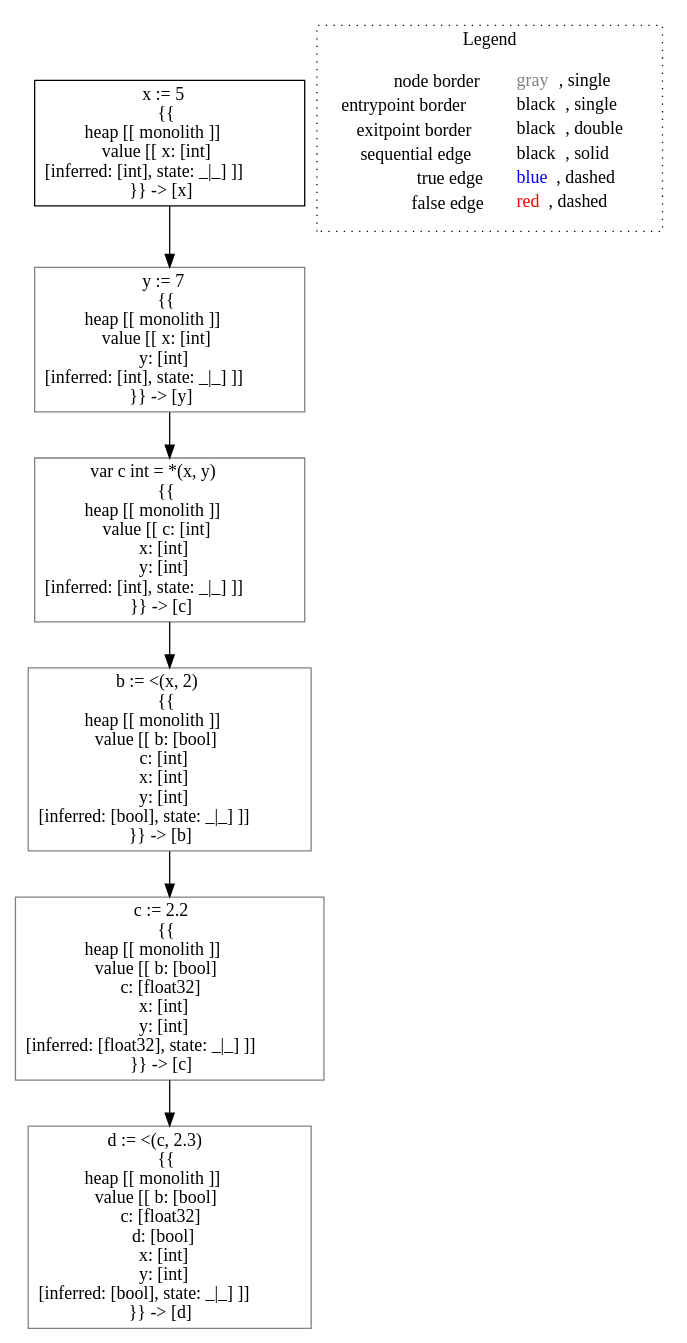
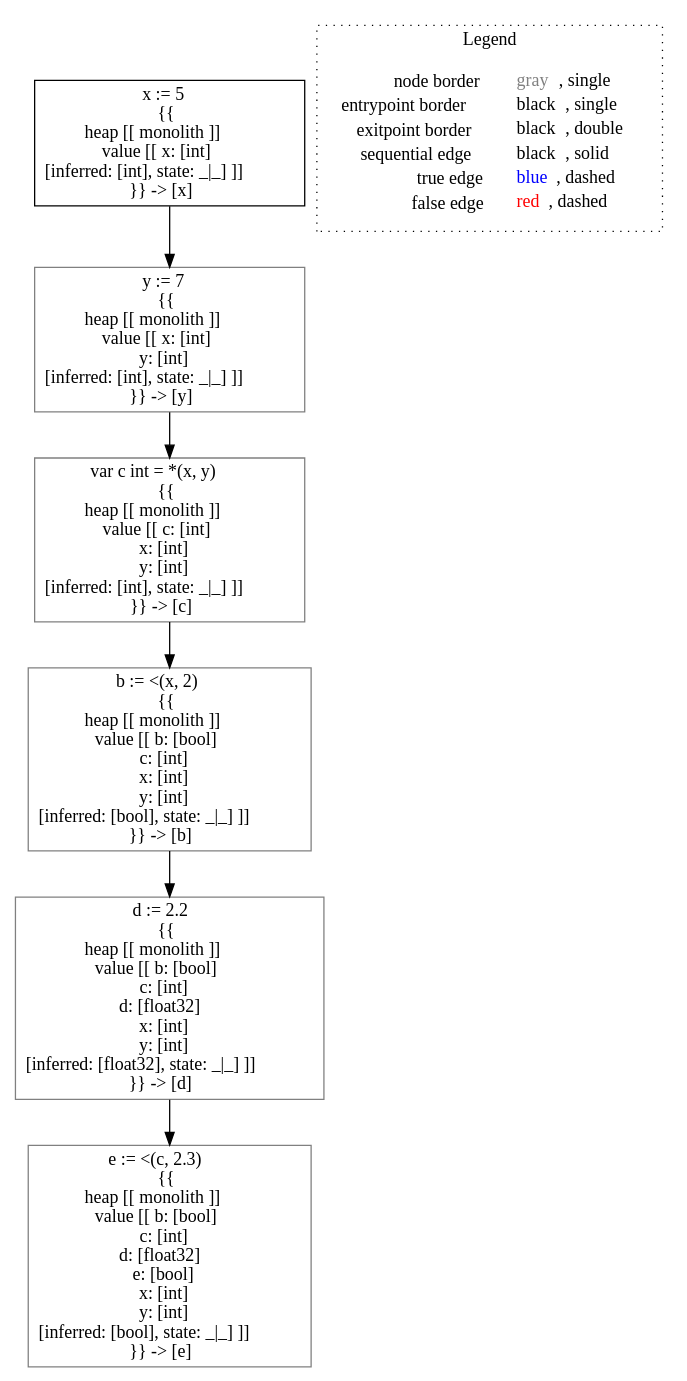
Before and after one commit to lisa-analyzer/go-lisa: the diagram in go-lisa/go-testcases/typing/typing___untyped_~LiSAProgram.relTyping().dot, drawn with Graphviz. The commit also changed 3 other files, not shown here.

```diff
--- a/go-lisa/go-testcases/typing/typing___untyped_~LiSAProgram.relTyping().dot
+++ b/go-lisa/go-testcases/typing/typing___untyped_~LiSAProgram.relTyping().dot
@@ -1,20 +1,20 @@
 digraph {
 	"node0" [shape="rect",color="black",label=<x := 5<BR/>{{<BR/>heap [[ monolith ]]<BR/>value [[ x: [int]<BR/>[inferred: [int], state: _|_] ]]<BR/>}} -&gt; [x]>];
-	"node1" [shape="rect",color="gray",label=<c := 2.2<BR/>{{<BR/>heap [[ monolith ]]<BR/>value [[ b: [bool]<BR/>c: [float32]<BR/>x: [int]<BR/>y: [int]<BR/>[inferred: [float32], state: _|_] ]]<BR/>}} -&gt; [c]>];
+	"node1" [shape="rect",color="gray",label=<d := 2.2<BR/>{{<BR/>heap [[ monolith ]]<BR/>value [[ b: [bool]<BR/>c: [int]<BR/>d: [float32]<BR/>x: [int]<BR/>y: [int]<BR/>[inferred: [float32], state: _|_] ]]<BR/>}} -&gt; [d]>];
 	"node2" [shape="rect",color="gray",label=<y := 7<BR/>{{<BR/>heap [[ monolith ]]<BR/>value [[ x: [int]<BR/>y: [int]<BR/>[inferred: [int], state: _|_] ]]<BR/>}} -&gt; [y]>];
-	"node3" [shape="rect",color="gray",label=<b := &lt;(x, 2)<BR/>{{<BR/>heap [[ monolith ]]<BR/>value [[ b: [bool]<BR/>c: [int]<BR/>x: [int]<BR/>y: [int]<BR/>[inferred: [bool], state: _|_] ]]<BR/>}} -&gt; [b]>];
-	"node4" [shape="rect",color="gray",label=<d := &lt;(c, 2.3)<BR/>{{<BR/>heap [[ monolith ]]<BR/>value [[ b: [bool]<BR/>c: [float32]<BR/>d: [bool]<BR/>x: [int]<BR/>y: [int]<BR/>[inferred: [bool], state: _|_] ]]<BR/>}} -&gt; [d]>];
+	"node3" [shape="rect",color="gray",label=<e := &lt;(c, 2.3)<BR/>{{<BR/>heap [[ monolith ]]<BR/>value [[ b: [bool]<BR/>c: [int]<BR/>d: [float32]<BR/>e: [bool]<BR/>x: [int]<BR/>y: [int]<BR/>[inferred: [bool], state: _|_] ]]<BR/>}} -&gt; [e]>];
+	"node4" [shape="rect",color="gray",label=<b := &lt;(x, 2)<BR/>{{<BR/>heap [[ monolith ]]<BR/>value [[ b: [bool]<BR/>c: [int]<BR/>x: [int]<BR/>y: [int]<BR/>[inferred: [bool], state: _|_] ]]<BR/>}} -&gt; [b]>];
 	"node5" [shape="rect",color="gray",label=<var c int = *(x, y)<BR/>{{<BR/>heap [[ monolith ]]<BR/>value [[ c: [int]<BR/>x: [int]<BR/>y: [int]<BR/>[inferred: [int], state: _|_] ]]<BR/>}} -&gt; [c]>];
-	"node1" -> "node4" [color="black"];
+	"node1" -> "node3" [color="black"];
+	"node0" -> "node2" [color="black"];
 	"node2" -> "node5" [color="black"];
-	"node3" -> "node1" [color="black"];
-	"node0" -> "node2" [color="black"];
-	"node5" -> "node3" [color="black"];
+	"node4" -> "node1" [color="black"];
+	"node5" -> "node4" [color="black"];
 subgraph cluster_legend {
 	label="Legend";
 	style=dotted;
 	node [shape=plaintext];
 	"legend" [label=<<table border="0" cellpadding="2" cellspacing="0" cellborder="0"><tr><td align="right">node border&nbsp;</td><td align="left"><font color="gray">gray</font>, single</td></tr><tr><td align="right">entrypoint border&nbsp;</td><td align="left"><font color="black">black</font>, single</td></tr><tr><td align="right">exitpoint border&nbsp;</td><td align="left"><font color="black">black</font>, double</td></tr><tr><td align="right">sequential edge&nbsp;</td><td align="left"><font color="black">black</font>, solid</td></tr><tr><td align="right">true edge&nbsp;</td><td align="left"><font color="blue">blue</font>, dashed</td></tr><tr><td align="right">false edge&nbsp;</td><td align="left"><font color="red">red</font>, dashed</td></tr></table>>];
 }
 
 }
```
